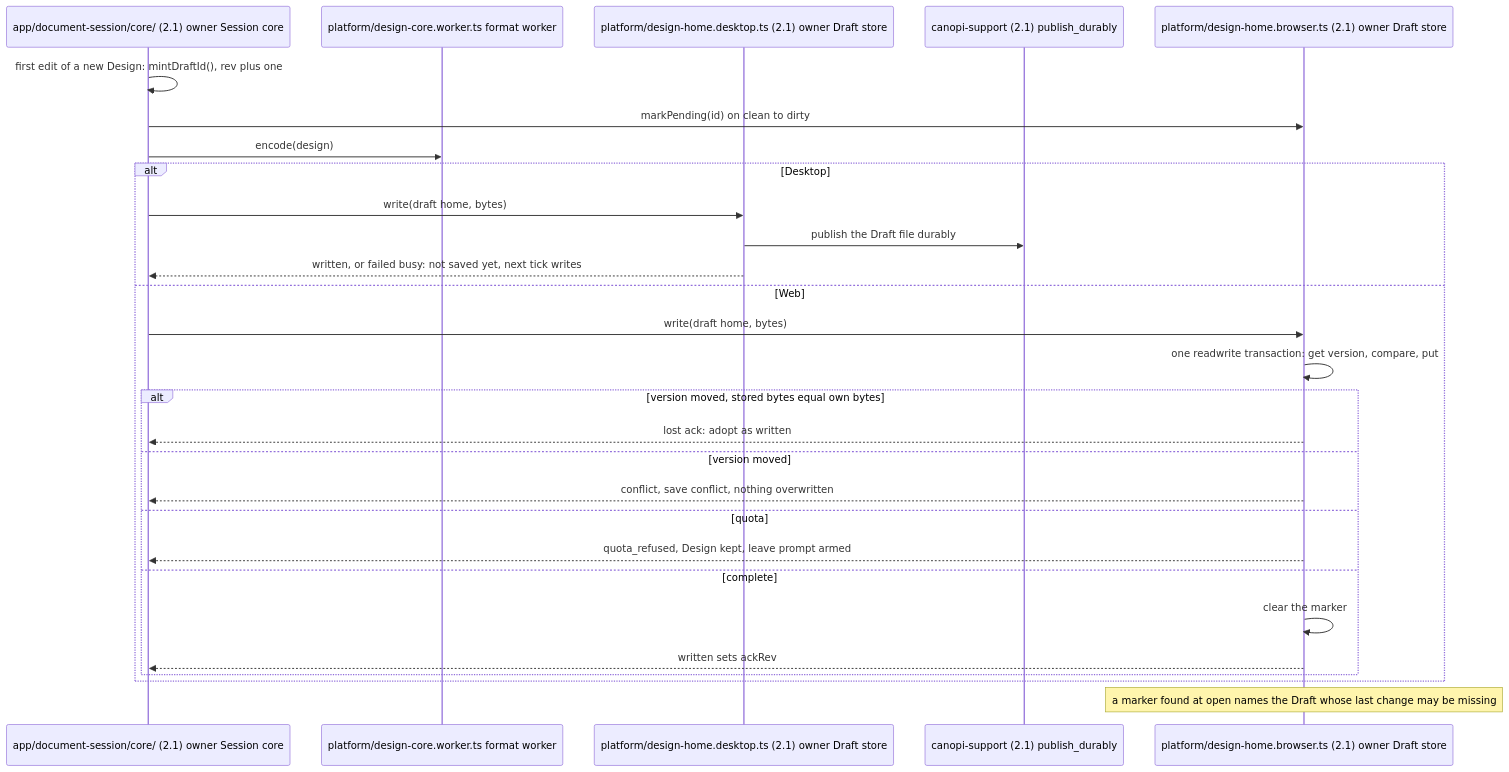
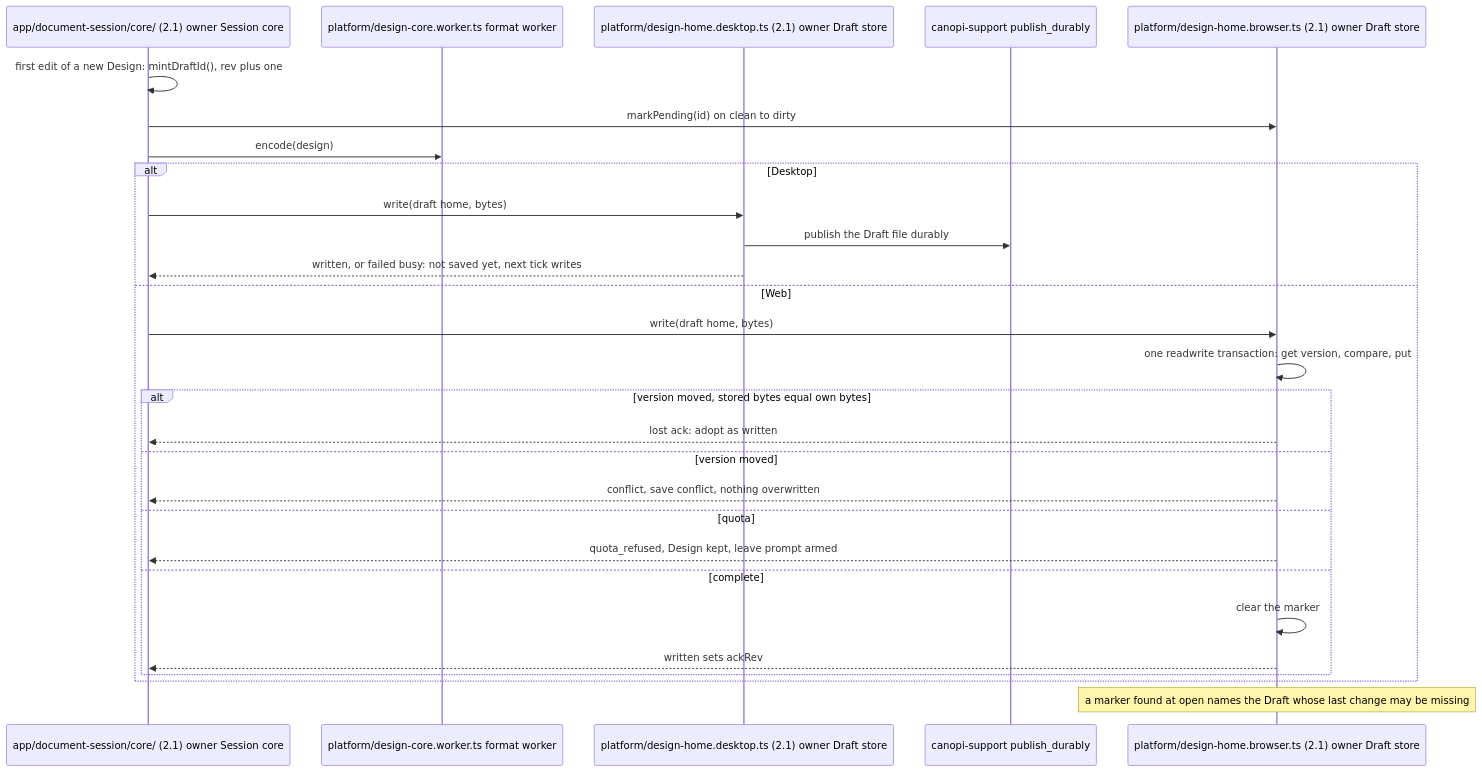
The third of 6 diagrams in docs/architecture/flows-document.md (opencanopi/canopi), drawn with Mermaid before and after one commit. The commit also changed 47 other files, not shown here.

````diff
--- a/docs/architecture/flows-document.md
+++ b/docs/architecture/flows-document.md
@@ -101,30 +101,30 @@
 ```mermaid
 sequenceDiagram
   participant Core as app/document-session/core/ (2.1) owner Session core
   participant Fmt as platform/design-core.worker.ts format worker
   participant DH as platform/design-home.desktop.ts (2.1) owner Draft store
-  participant Dur as canopi-support (2.1) publish_durably
+  participant Dur as canopi-support publish_durably
   participant WH as platform/design-home.browser.ts (2.1) owner Draft store
   Core->>Core: first edit of a new Design: mintDraftId(), rev plus one
   Core->>WH: markPending(id) on clean to dirty
   Core->>Fmt: encode(design)
   alt Desktop
     Core->>DH: write(draft home, bytes)
     DH->>Dur: publish the Draft file durably
     DH-->>Core: written, or failed busy: not saved yet, next tick writes
   else Web
     Core->>WH: write(draft home, bytes)
     WH->>WH: one readwrite transaction: get version, compare, put
     alt version moved, stored bytes equal own bytes
       WH-->>Core: lost ack: adopt as written
     else version moved
       WH-->>Core: conflict, save conflict, nothing overwritten
     else quota
       WH-->>Core: quota_refused, Design kept, leave prompt armed
     else complete
       WH->>WH: clear the marker
       WH-->>Core: written sets ackRev
     end
   end
   Note over WH: a marker found at open names the Draft whose last change may be missing
 ```
````
